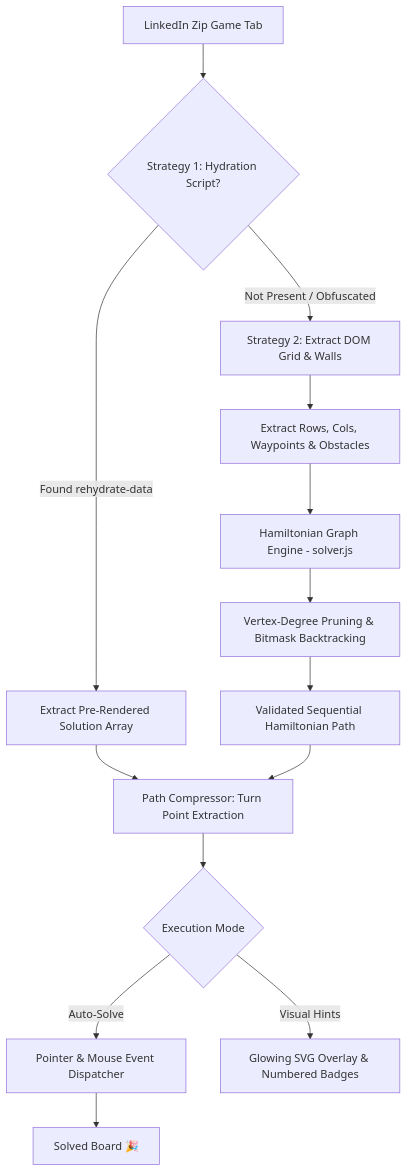
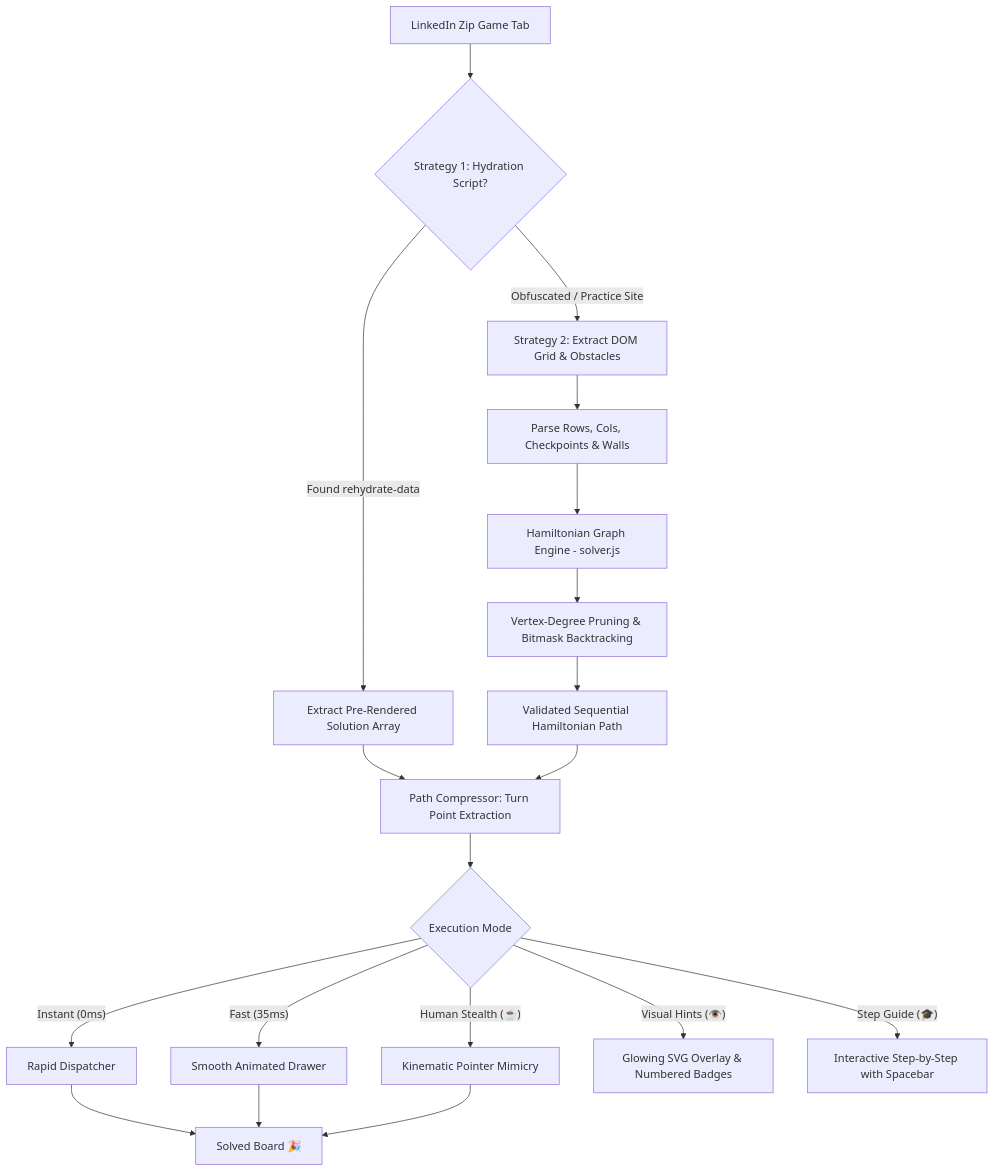
The diagram in README.md (yasaswivenkat/Linked-Zip-Solver), drawn with Mermaid before and after one commit. The commit also changed other lines of this file and 7 other files, not shown here.

Commit message:
feat: add human stealth kinematics, step-by-step teaching guide, and hotkeys

````diff
--- a/README.md
+++ b/README.md
@@ -50,20 +87,25 @@
 ```mermaid
 flowchart TD
     A[LinkedIn Zip Game Tab] --> B{Strategy 1: Hydration Script?}
     B -- Found rehydrate-data --> C[Extract Pre-Rendered Solution Array]
-    B -- Not Present / Obfuscated --> D[Strategy 2: Extract DOM Grid & Walls]
+    B -- Obfuscated / Practice Site --> D[Strategy 2: Extract DOM Grid & Obstacles]
     
-    D --> E[Extract Rows, Cols, Waypoints & Obstacles]
+    D --> E[Parse Rows, Cols, Checkpoints & Walls]
     E --> F[Hamiltonian Graph Engine - solver.js]
     F --> G[Vertex-Degree Pruning & Bitmask Backtracking]
     G --> H[Validated Sequential Hamiltonian Path]
     
     C --> I[Path Compressor: Turn Point Extraction]
     H --> I
     
     I --> J{Execution Mode}
-    J -- Auto-Solve --> K[Pointer & Mouse Event Dispatcher]
-    J -- Visual Hints --> L[Glowing SVG Overlay & Numbered Badges]
+    J -- Instant (0ms) --> K1[Rapid Dispatcher]
+    J -- Fast (35ms) --> K2[Smooth Animated Drawer]
+    J -- Human Stealth (☕) --> K3[Kinematic Pointer Mimicry]
+    J -- Visual Hints (👁️) --> L[Glowing SVG Overlay & Numbered Badges]
+    J -- Step Guide (🎓) --> M[Interactive Step-by-Step with Spacebar]
     
-    K --> M[Solved Board 🎉]
+    K1 --> N[Solved Board 🎉]
+    K2 --> N
+    K3 --> N
 ```
````
